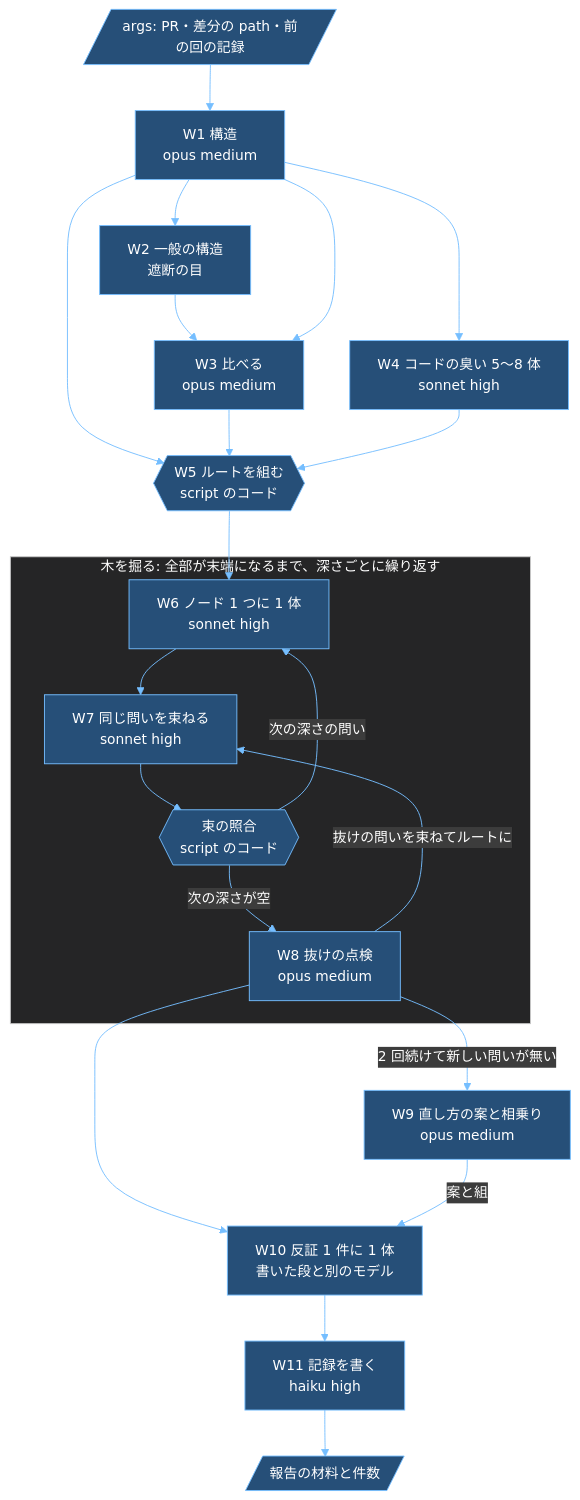
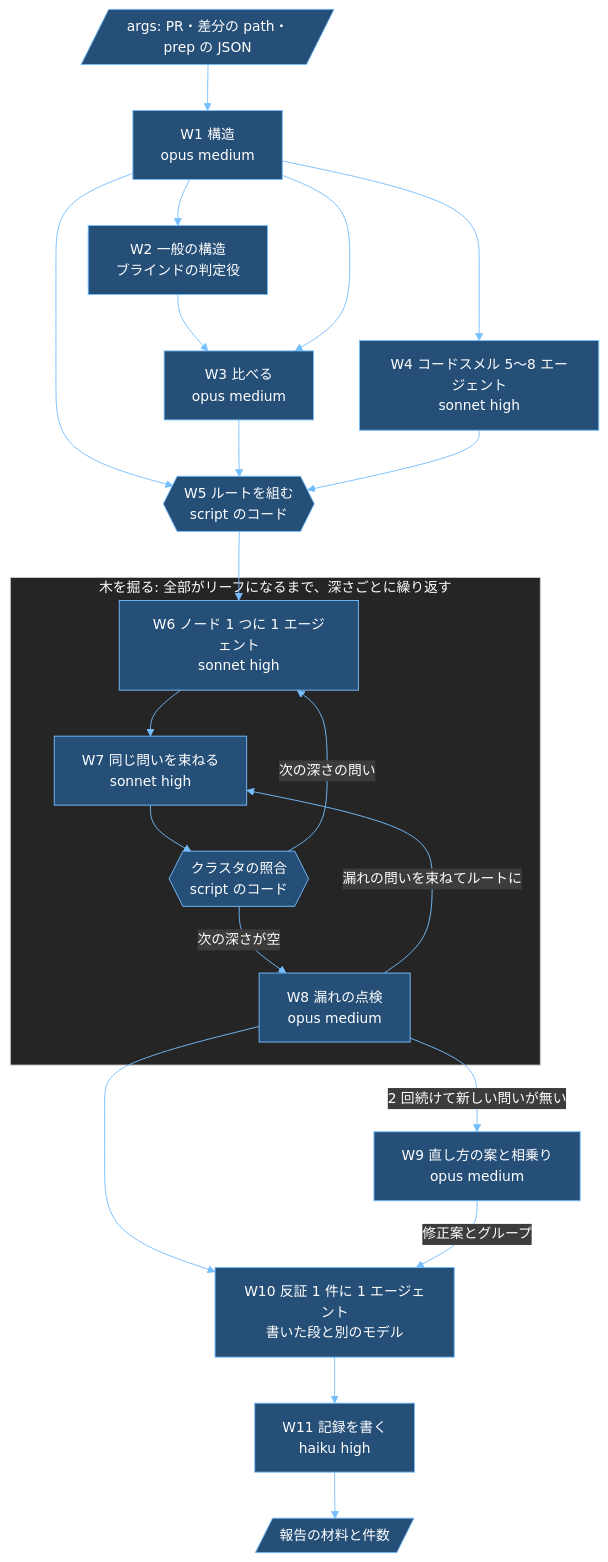
One commit to raiki61/claude-plugins changed the second of 6 diagrams in attention/docs/my-turn-workflow-design.md. Above: the diagram before and after it, drawn with Mermaid. The commit also changed other lines of this file and 2 other files, not shown here.

````diff
--- a/attention/docs/my-turn-workflow-design.md
+++ b/attention/docs/my-turn-workflow-design.md
@@ -136,22 +145,22 @@
 ```mermaid
 %%{init: {"theme":"base","themeVariables":{"darkMode":true,"background":"#1e1e1e","fontSize":"15px","primaryColor":"#264f78","primaryTextColor":"#ffffff","primaryBorderColor":"#75beff","secondaryColor":"#3a3d41","tertiaryColor":"#2d2d30","lineColor":"#75beff","textColor":"#f0f0f0","titleColor":"#ffffff","clusterBkg":"#252526","clusterBorder":"#c8c8c8","edgeLabelBackground":"#3c3c3c","nodeTextColor":"#ffffff","actorBkg":"#264f78","actorBorder":"#75beff","actorTextColor":"#ffffff","actorLineColor":"#c8c8c8","signalColor":"#75beff","signalTextColor":"#f0f0f0","noteBkgColor":"#5c4b00","noteTextColor":"#ffffff","noteBorderColor":"#d7ba7d","labelBoxBkgColor":"#264f78","labelTextColor":"#ffffff","loopTextColor":"#f0f0f0","sequenceNumberColor":"#ffffff"}}}%%
 flowchart TB
-  A[/"args: PR・差分の path・前の回の記録"/] --> W1["W1 構造<br/>opus medium"]
-  W1 --> W2["W2 一般の構造<br/>遮断の目"] --> W3["W3 比べる<br/>opus medium"]
+  A[/"args: PR・差分の path・prep の JSON"/] --> W1["W1 構造<br/>opus medium"]
+  W1 --> W2["W2 一般の構造<br/>ブラインドの判定役"] --> W3["W3 比べる<br/>opus medium"]
   W1 --> W3
   W1 --> W5
-  W1 --> W4["W4 コードの臭い 5〜8 体<br/>sonnet high"]
+  W1 --> W4["W4 コードスメル 5〜8 エージェント<br/>sonnet high"]
   W3 --> W5{{"W5 ルートを組む<br/>script のコード"}}
   W4 --> W5
   W5 --> W6
-  subgraph DIG["木を掘る: 全部が末端になるまで、深さごとに繰り返す"]
-    W6["W6 ノード 1 つに 1 体<br/>sonnet high"] --> W7["W7 同じ問いを束ねる<br/>sonnet high"] --> CK{{"束の照合<br/>script のコード"}}
+  subgraph DIG["木を掘る: 全部がリーフになるまで、深さごとに繰り返す"]
+    W6["W6 ノード 1 つに 1 エージェント<br/>sonnet high"] --> W7["W7 同じ問いを束ねる<br/>sonnet high"] --> CK{{"クラスタの照合<br/>script のコード"}}
     CK -->|次の深さの問い| W6
-    CK -->|次の深さが空| W8["W8 抜けの点検<br/>opus medium"]
-    W8 -->|抜けの問いを束ねてルートに| W7
+    CK -->|次の深さが空| W8["W8 漏れの点検<br/>opus medium"]
+    W8 -->|漏れの問いを束ねてルートに| W7
   end
   W8 -->|2 回続けて新しい問いが無い| W9["W9 直し方の案と相乗り<br/>opus medium"]
-  W8 --> W10["W10 反証 1 件に 1 体<br/>書いた段と別のモデル"]
-  W9 -->|案と組| W10
+  W8 --> W10["W10 反証 1 件に 1 エージェント<br/>書いた段と別のモデル"]
+  W9 -->|修正案とグループ| W10
   W10 --> W11["W11 記録を書く<br/>haiku high"] --> OUT[/"報告の材料と件数"/]
 ```
````
